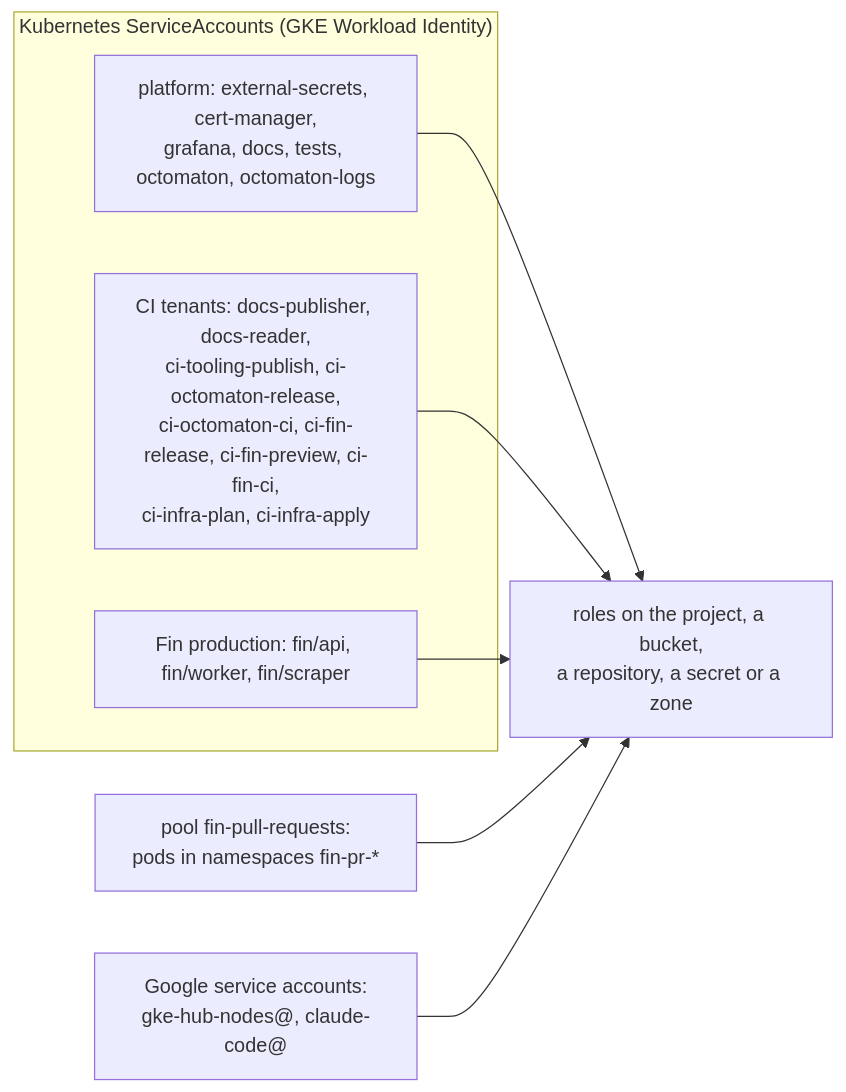
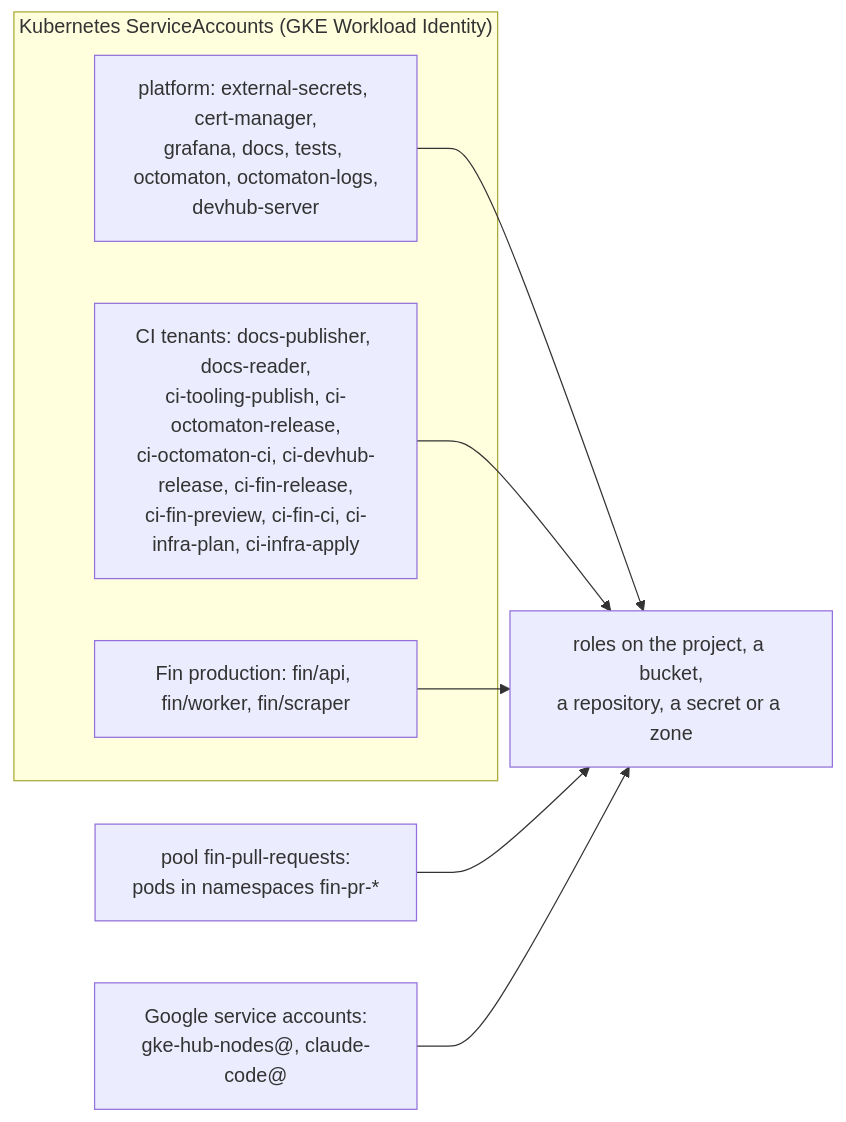
One commit to arikkfir-org/infra changed the second of 2 diagrams in docs/infra/terraform/gcp.md. Above: the diagram before and after it, drawn with Mermaid. The commit also changed other lines of this file and 5 other files, not shown here.

First line of the commit message:
feat(gcp): publish devhub's images and host its demo

````diff
--- a/docs/infra/terraform/gcp.md
+++ b/docs/infra/terraform/gcp.md
@@ -153,11 +155,11 @@
 ```mermaid
 flowchart LR
   subgraph k8s["Kubernetes ServiceAccounts (GKE Workload Identity)"]
-    PLAT["platform: external-secrets, cert-manager,<br/>grafana, docs, tests, octomaton, octomaton-logs"]
-    TEN["CI tenants: docs-publisher, docs-reader,<br/>ci-tooling-publish, ci-octomaton-release,<br/>ci-octomaton-ci, ci-fin-release, ci-fin-preview, ci-fin-ci,<br/>ci-infra-plan, ci-infra-apply"]
+    PLAT["platform: external-secrets, cert-manager,<br/>grafana, docs, tests, octomaton, octomaton-logs,<br/>devhub-server"]
+    TEN["CI tenants: docs-publisher, docs-reader,<br/>ci-tooling-publish, ci-octomaton-release,<br/>ci-octomaton-ci, ci-devhub-release, ci-fin-release,<br/>ci-fin-preview, ci-fin-ci, ci-infra-plan, ci-infra-apply"]
     FINP["Fin production: fin/api, fin/worker, fin/scraper"]
   end
   POOL["pool fin-pull-requests:<br/>pods in namespaces fin-pr-*"]
   GSA["Google service accounts:<br/>gke-hub-nodes@, claude-code@"]
   PLAT & TEN & FINP & POOL & GSA --> R["roles on the project, a bucket,<br/>a repository, a secret or a zone"]
 ```
````
